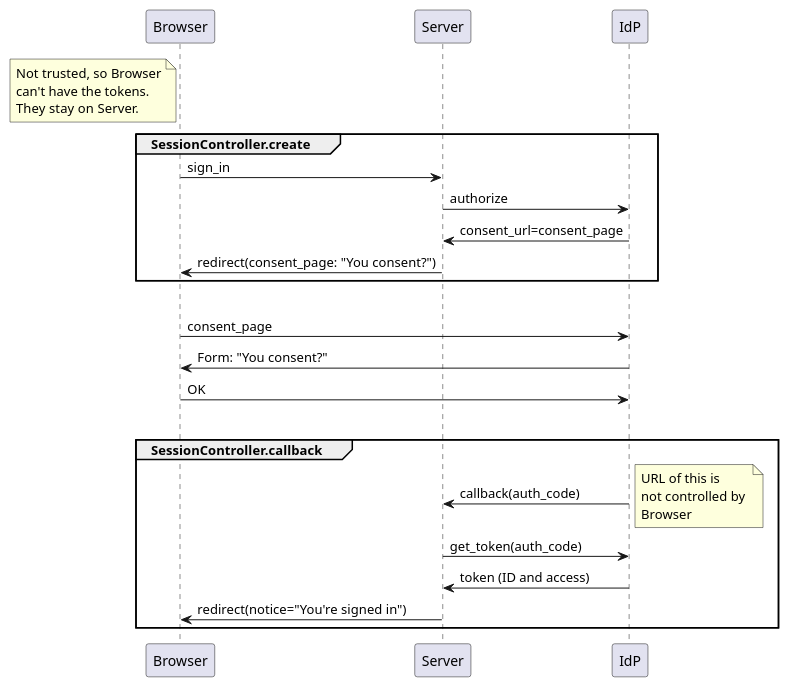
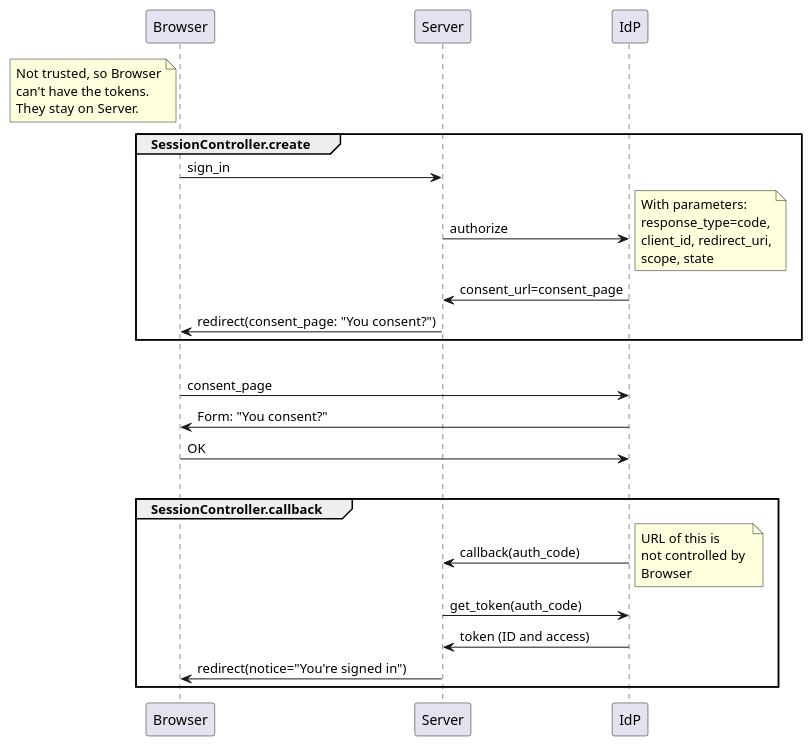
Before and after one commit to febeling/keycloak-testapp-ex: the diagram in AUTH.md, drawn with PlantUML. The commit also changed other lines of this file and 20 other files, not shown here.

```diff
--- a/AUTH.md
+++ b/AUTH.md
@@ -3,33 +3,39 @@
 @startuml
 participant Browser
 note left of Browser
   Not trusted, so Browser
   can't have the tokens. 
   They stay on Server.
 end note
 participant Server
 participant IdP
 
 group SessionController.create
 Browser -> Server : sign_in
 Server -> IdP : authorize
+note right
+With parameters:
+response_type=code,
+client_id, redirect_uri,
+scope, state
+end note
 IdP -> Server : consent_url=consent_page
 Server -> Browser : redirect(consent_page: "You consent?")
 end
 |||
 Browser -> IdP : consent_page
 IdP -> Browser : Form: "You consent?"
 Browser -> IdP : OK
 |||
 group SessionController.callback
 IdP -> Server : callback(auth_code)
 note right
   URL of this is 
   not controlled by 
   Browser
 end note
 Server -> IdP : get_token(auth_code)
 IdP -> Server : token (ID and access)
 Server -> Browser : redirect(notice="You're signed in")
 end
 @enduml
```
